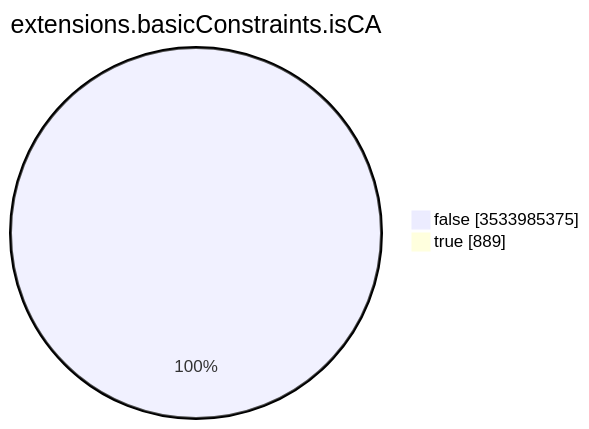
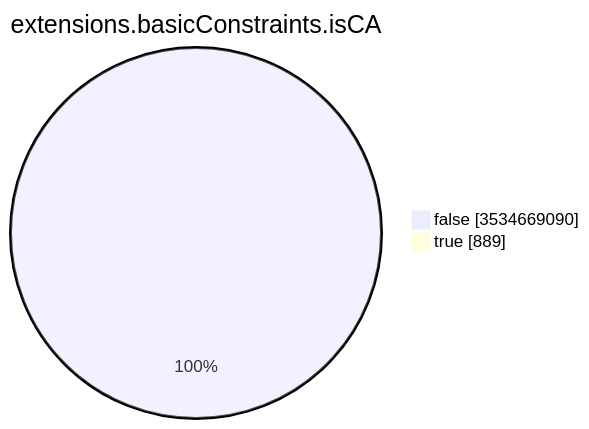
One commit to christiankrug/ctmonitor_visualization changed the seventh of 15 diagrams in TOTAL/README.md. Above: the diagram before and after it, drawn with Mermaid. The commit also changed other lines of this file, not shown here.

````diff
--- a/TOTAL/README.md
+++ b/TOTAL/README.md
@@ -3094,6 +3094,6 @@
 ```mermaid
 pie showData
 title extensions.basicConstraints.isCA
-"false" :3533985375
+"false" :3534669090
 "true" :889
 ```
````
